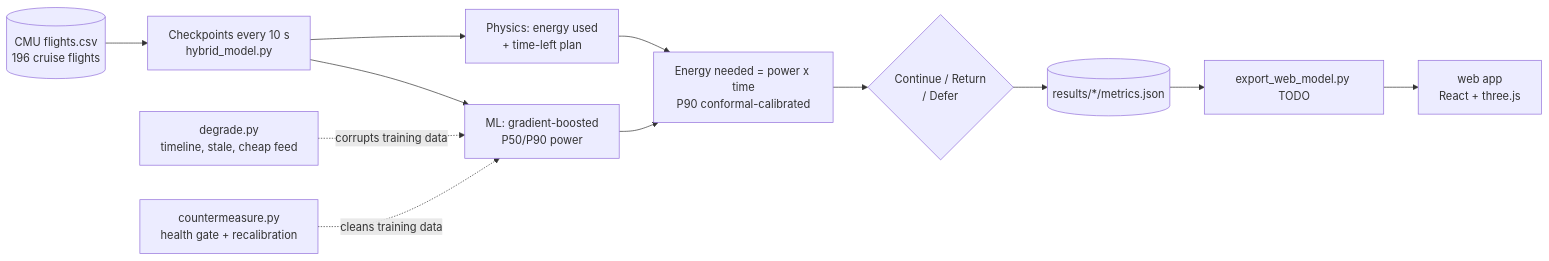
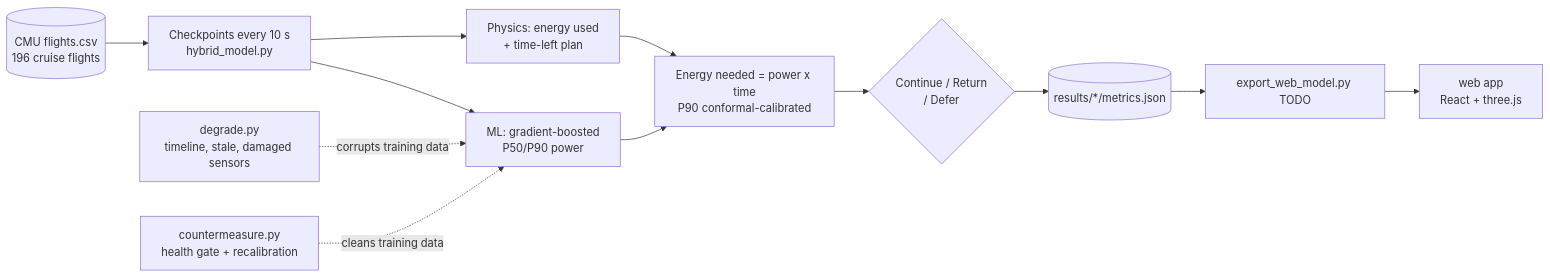
One commit to Evan-Britton/Caseathon changed the diagram in PLAYBOOK.md. Above: the diagram before and after it, drawn with Mermaid. The commit also changed other lines of this file and 12 other files, not shown here.

First line of the commit message:
Tell the poisoning as damaged sensors; one sensor switch; show the fix

````diff
--- a/PLAYBOOK.md
+++ b/PLAYBOOK.md
@@ -228,13 +230,13 @@
 ```mermaid
 flowchart LR
   raw[(CMU flights.csv<br/>196 cruise flights)] --> cp[Checkpoints every 10 s<br/>hybrid_model.py]
   cp --> phys[Physics: energy used<br/>+ time-left plan]
   cp --> ml[ML: gradient-boosted<br/>P50/P90 power]
   phys --> est[Energy needed = power x time<br/>P90 conformal-calibrated]
   ml --> est
   est --> rule{Continue / Return<br/>/ Defer}
-  deg[degrade.py<br/>timeline, stale, cheap feed] -. corrupts training data .-> ml
+  deg[degrade.py<br/>timeline, stale, damaged sensors] -. corrupts training data .-> ml
   cm[countermeasure.py<br/>health gate + recalibration] -. cleans training data .-> ml
   rule --> res[(results/*/metrics.json)]
   res --> exp[export_web_model.py TODO] --> app[web app<br/>React + three.js]
 ```
````
